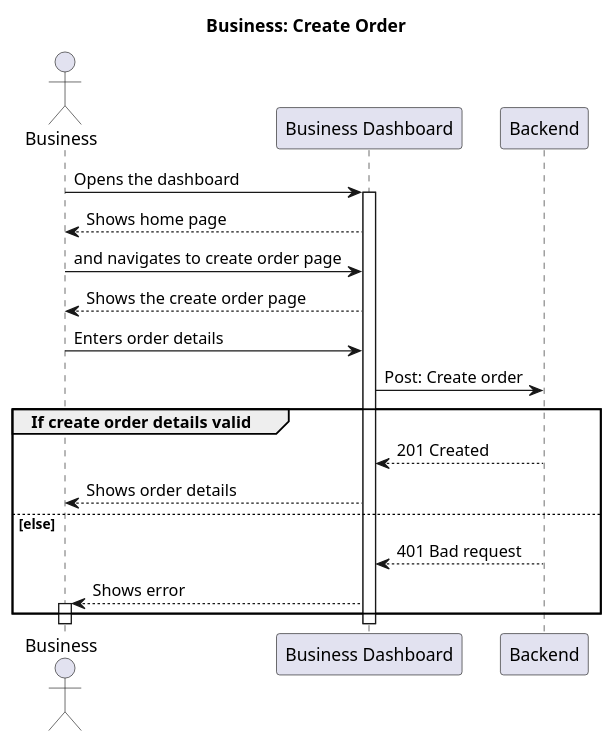
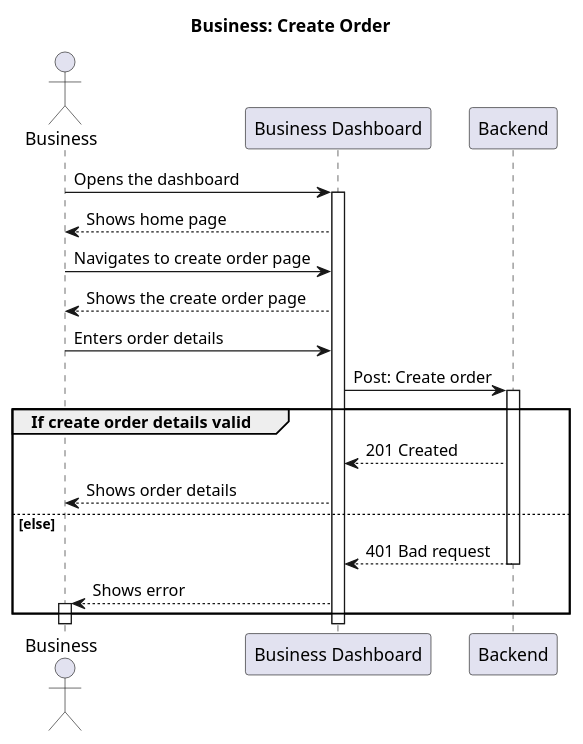
One commit to EasyDropEt/ed-domain changed the diagram in documentation/sequence-diagrams/business/manage-orders/create_order.puml. Above: the diagram before and after it, drawn with PlantUML. The commit also changed 19 other files, not shown here.

```diff
--- a/documentation/sequence-diagrams/business/manage-orders/create_order.puml
+++ b/documentation/sequence-diagrams/business/manage-orders/create_order.puml
@@ -1,24 +1,24 @@
 @startuml
 
 title "Business: Create Order"
 
 actor Business as B
 
 participant "Business Dashboard" as Dash
 participant Backend
 
 B -> Dash ++: Opens the dashboard
 B <-- Dash: Shows home page
-B -> Dash: and navigates to create order page
+B -> Dash: Navigates to create order page
 B <-- Dash: Shows the create order page
 B -> Dash: Enters order details
-Dash -> Backend: Post: Create order
+Dash -> Backend ++: Post: Create order
 group If create order details valid
   Dash <-- Backend: 201 Created
   B <-- Dash: Shows order details
 else else
   Dash <-- Backend --: 401 Bad request
   B <-- Dash ++: Shows error
 end
 
 @enduml
```
